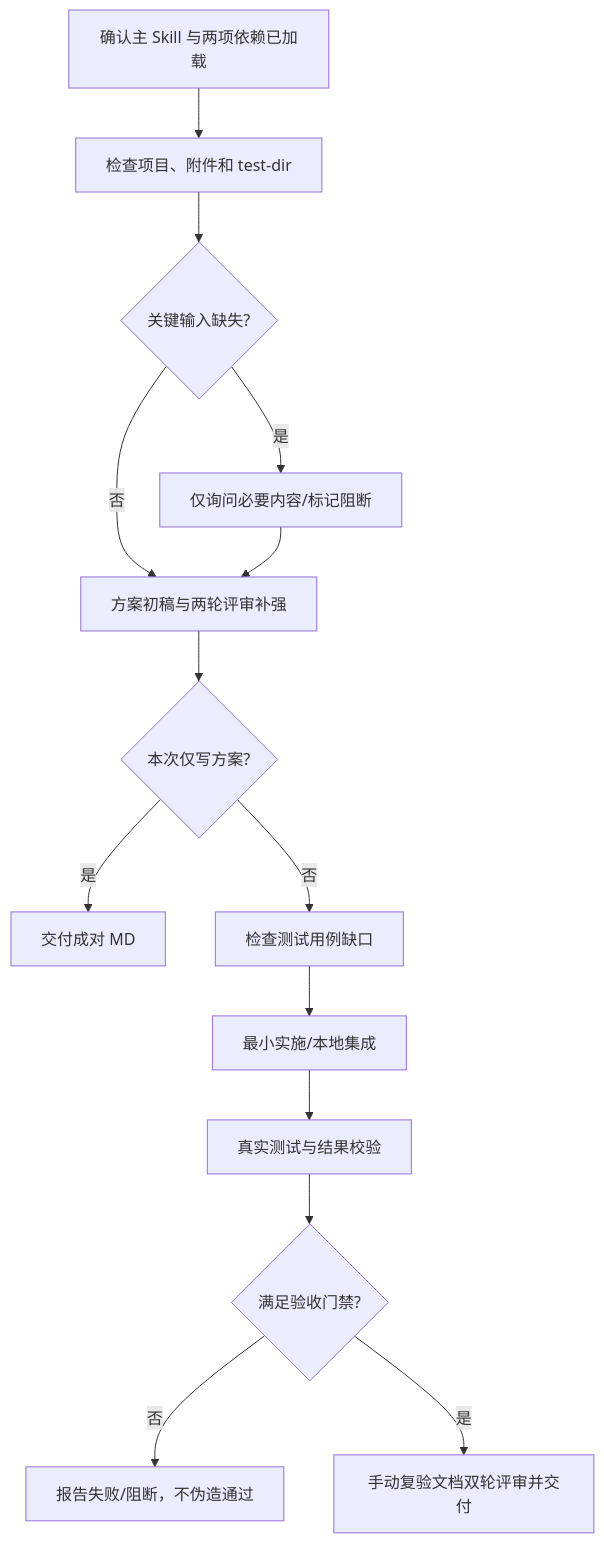
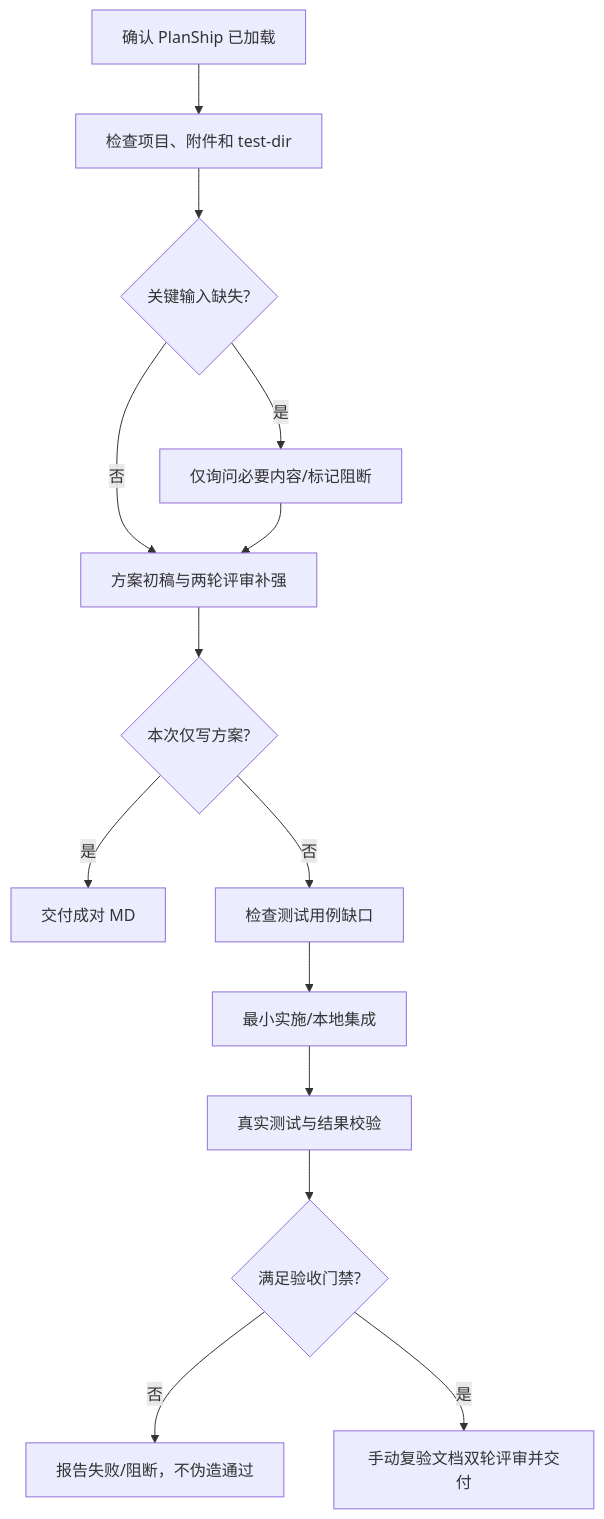
The diagram in README.zh-CN.md (yeqiana/plan-ship), drawn with Mermaid before and after one commit. The commit also changed other lines of this file and 32 other files, not shown here.

````diff
--- a/README.zh-CN.md
+++ b/README.zh-CN.md
@@ -92,16 +88,16 @@
 ```mermaid
 flowchart TD
-    A[确认主 Skill 与两项依赖已加载] --> B[检查项目、附件和 test-dir]
+    A[确认 PlanShip 已加载] --> B[检查项目、附件和 test-dir]
     B --> C{关键输入缺失?}
     C -- 是 --> D[仅询问必要内容/标记阻断]
     C -- 否 --> E[方案初稿与两轮评审补强]
     D --> E
     E --> F{本次仅写方案?}
     F -- 是 --> G[交付成对 MD]
     F -- 否 --> H[检查测试用例缺口]
     H --> I[最小实施/本地集成]
     I --> J[真实测试与结果校验]
     J --> K{满足验收门禁?}
     K -- 否 --> L[报告失败/阻断，不伪造通过]
     K -- 是 --> M[手动复验文档双轮评审并交付]
 ```
````
